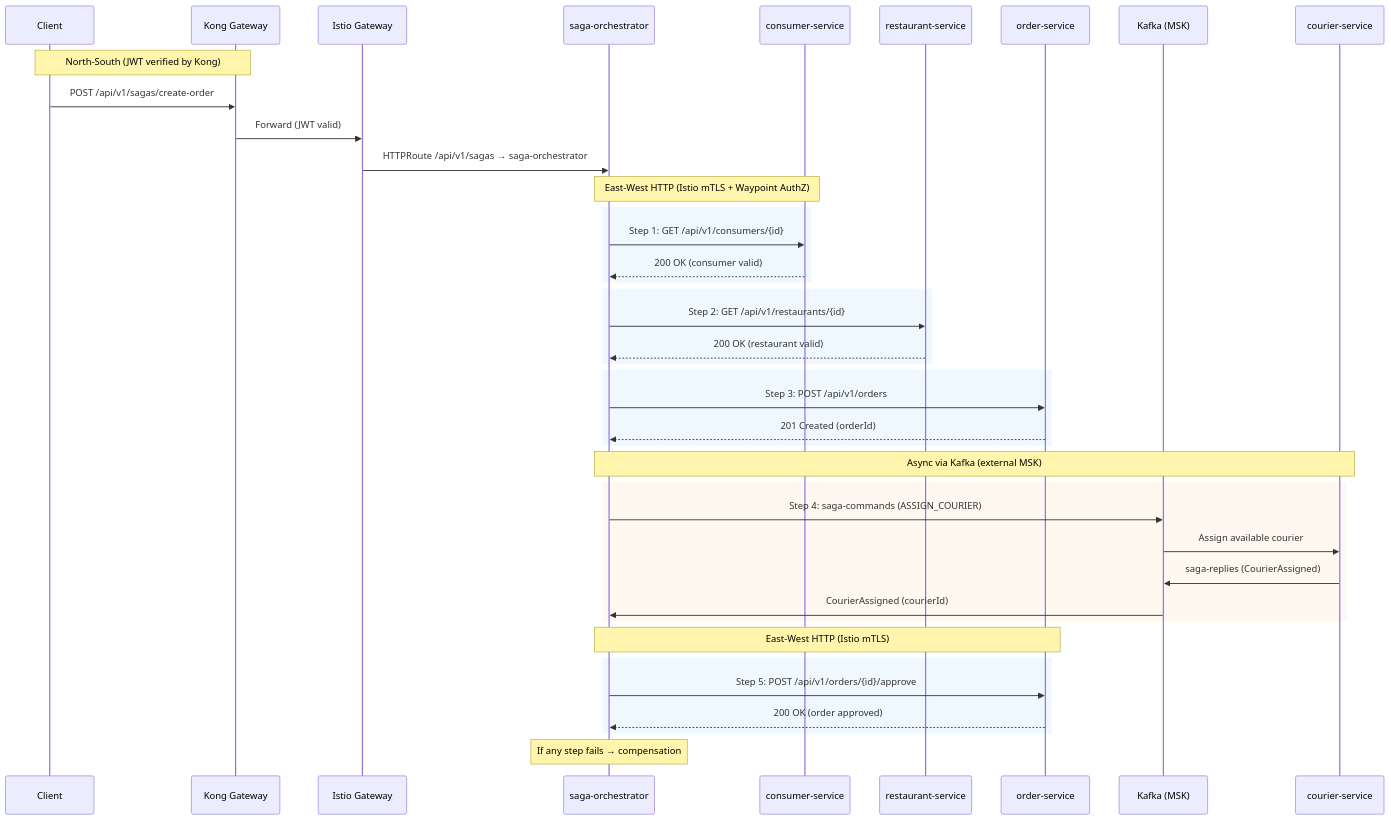
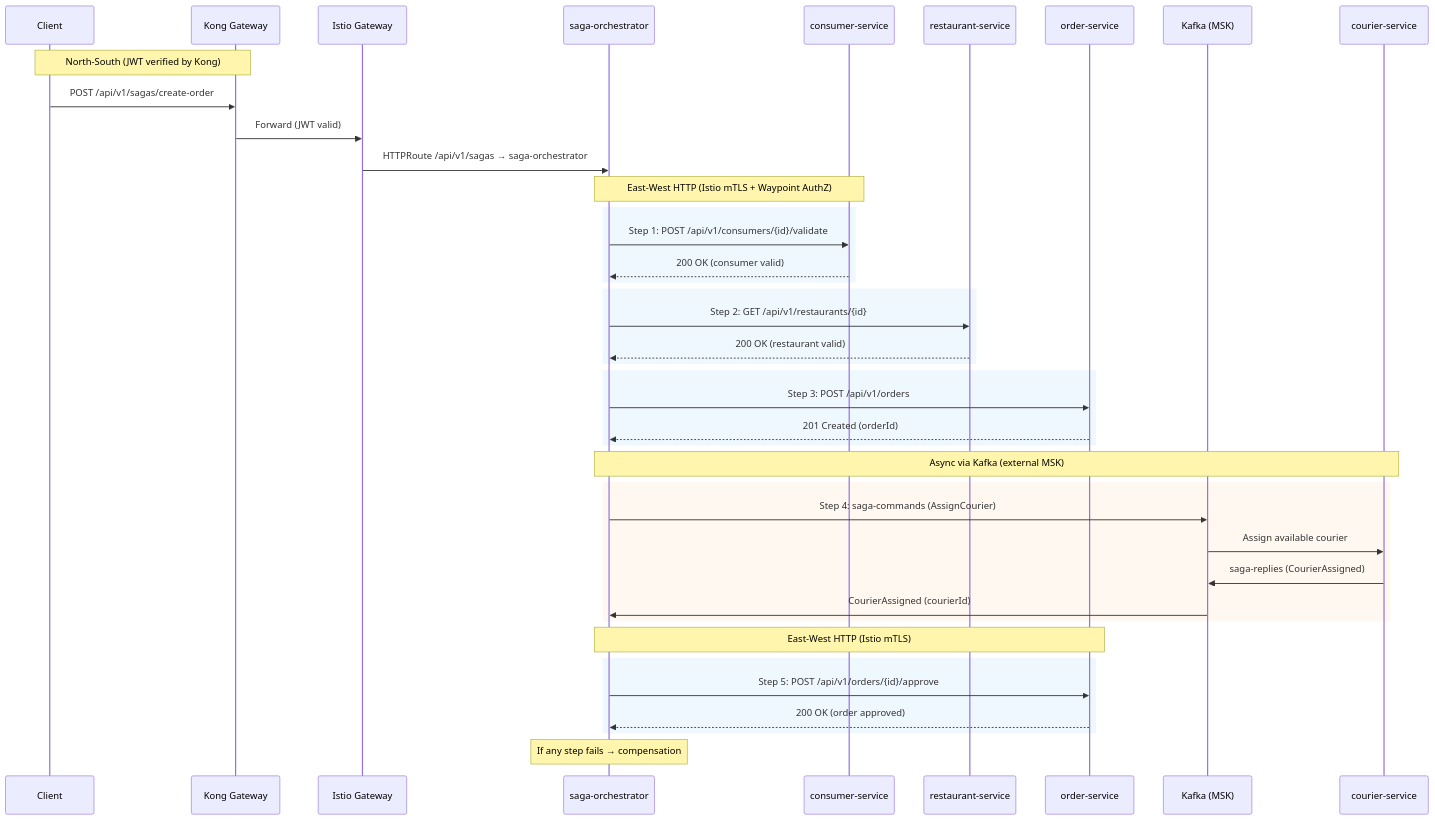
Diagram 13 of 19 in README.md (shanaka-versent/munchgo-aws-iac), drawn with Mermaid before and after one commit. The commit also changed other lines of this file, not shown here.

First line of the commit message:
Update README to reflect saga fixes and new Istio L4 policy

````diff
--- a/README.md
+++ b/README.md
@@ -690,49 +691,49 @@
 ```mermaid
 sequenceDiagram
     participant C as Client
     participant Kong as Kong Gateway
     participant IG as Istio Gateway
     participant S as saga-orchestrator
     participant CS as consumer-service
     participant RS as restaurant-service
     participant O as order-service
     participant K as Kafka (MSK)
     participant CR as courier-service
 
     Note over C,Kong: North-South (JWT verified by Kong)
     C->>Kong: POST /api/v1/sagas/create-order
     Kong->>IG: Forward (JWT valid)
     IG->>S: HTTPRoute /api/v1/sagas → saga-orchestrator
 
     Note over S,CS: East-West HTTP (Istio mTLS + Waypoint AuthZ)
     rect rgb(240, 248, 255)
-        S->>CS: Step 1: GET /api/v1/consumers/{id}
+        S->>CS: Step 1: POST /api/v1/consumers/{id}/validate
         CS-->>S: 200 OK (consumer valid)
     end
 
     rect rgb(240, 248, 255)
         S->>RS: Step 2: GET /api/v1/restaurants/{id}
         RS-->>S: 200 OK (restaurant valid)
     end
 
     rect rgb(240, 248, 255)
         S->>O: Step 3: POST /api/v1/orders
         O-->>S: 201 Created (orderId)
     end
 
     Note over S,CR: Async via Kafka (external MSK)
     rect rgb(255, 248, 240)
-        S->>K: Step 4: saga-commands (ASSIGN_COURIER)
+        S->>K: Step 4: saga-commands (AssignCourier)
         K->>CR: Assign available courier
         CR->>K: saga-replies (CourierAssigned)
         K->>S: CourierAssigned (courierId)
     end
 
     Note over S,O: East-West HTTP (Istio mTLS)
     rect rgb(240, 248, 255)
         S->>O: Step 5: POST /api/v1/orders/{id}/approve
         O-->>S: 200 OK (order approved)
     end
 
     Note over S,S: If any step fails → compensation
 ```
````
